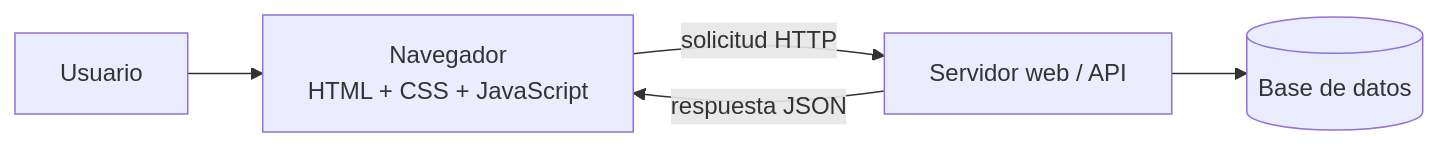
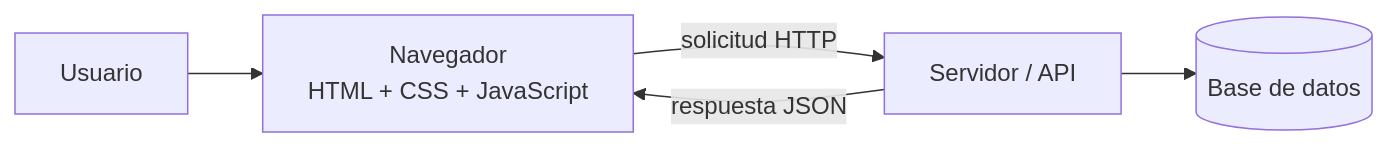
Before and after one commit to jperezgtdev/legacy-react-umg: the first of 13 diagrams in GUIA_PRESENTACION_COMPARATIVA.md, drawn with Mermaid. The commit also changed other lines of this file and 1 other file, not shown here.

````diff
--- a/GUIA_PRESENTACION_COMPARATIVA.md
+++ b/GUIA_PRESENTACION_COMPARATIVA.md
@@ -41,7 +67,7 @@
 ```mermaid
 flowchart LR
   U[Usuario] --> N[Navegador<br/>HTML + CSS + JavaScript]
-  N -- solicitud HTTP --> S[Servidor web / API]
+  N -- solicitud HTTP --> S[Servidor / API]
   S -- respuesta JSON --> N
   S --> BD[(Base de datos)]
 ```
````
